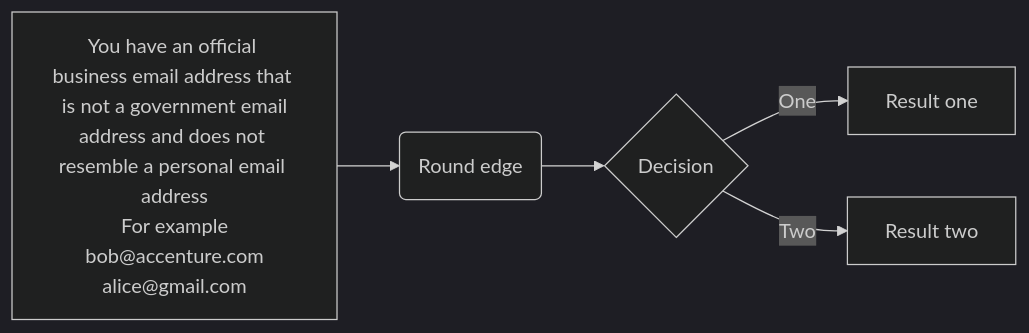
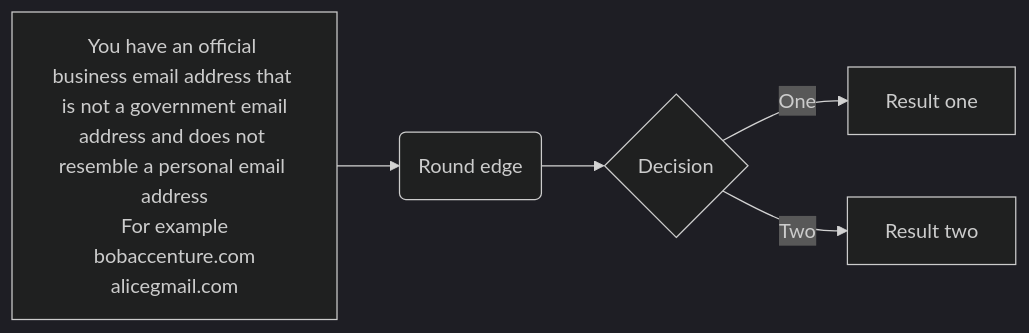
One commit to GovTechSG/techpass-user-docs changed the diagram in docs/onboard-to-techpass.md. Above: the diagram before and after it, drawn with Mermaid (dark theme).

````diff
--- a/docs/onboard-to-techpass.md
+++ b/docs/onboard-to-techpass.md
@@ -7,7 +7,7 @@
 ```mermaid
 graph LR
-A[You have an official business email address that is not a government email<br>address and does not resemble a personal email address<br>For example<br>bob@accenture.com<br>alice@gmail.com] -->B(Round edge)
+A[You have an official business email address that is not a government email<br>address and does not resemble a personal email address<br>For example<br>bobaccenture.com<br>alicegmail.com] -->B(Round edge)
     B --> C{Decision}
     C -->|One| D[Result one]
     C -->|Two| E[Result two]
 ```
````
